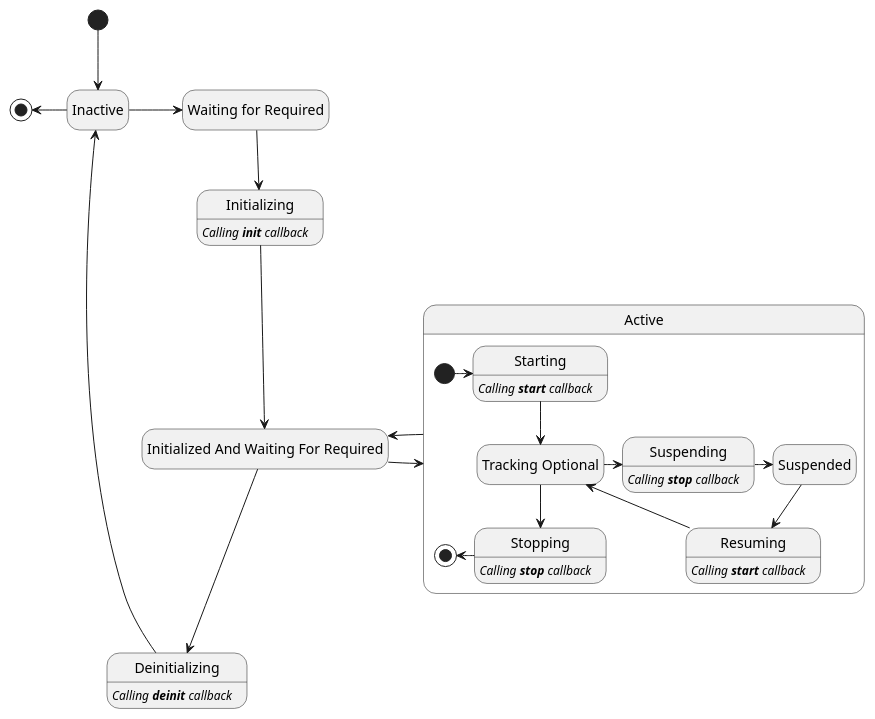
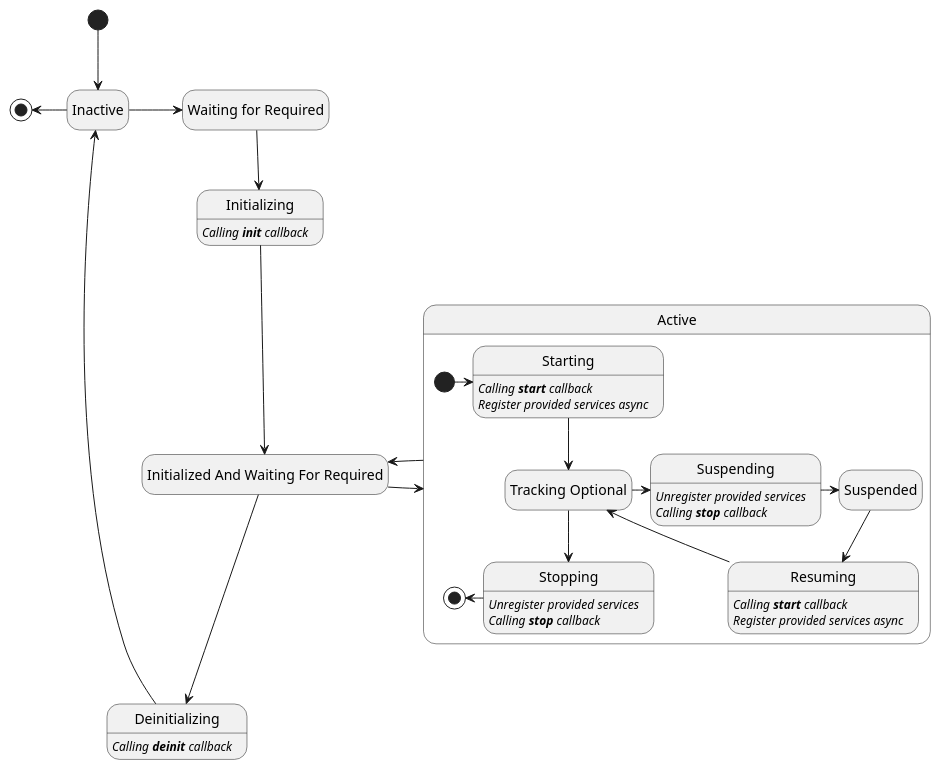
The diagram in documents/diagrams/component_lifecycle.puml (apache/celix), drawn with PlantUML before and after one commit. The commit also changed 4 other files, not shown here.

Commit message:
Updates component lifecycle state diagram

```diff
--- a/documents/diagrams/component_lifecycle.puml
+++ b/documents/diagrams/component_lifecycle.puml
@@ -16,37 +16,41 @@
 @startuml
 hide empty description
 state "Waiting for Required" as WaitingForRequired
 state "Initialized And Waiting For Required" as Initialized
 
 [*] -down-> Inactive
 Inactive -left-> [*]
 Inactive  -right-> WaitingForRequired
 WaitingForRequired -down-> Initializing
 Initializing -down-> Initialized
 
 state Active {
     state "Tracking Optional" as TrackingOptional
     [*] -> Starting
     Starting -down-> TrackingOptional
     TrackingOptional -> Suspending
     Suspending -> Suspended
     Suspended -> Resuming
     Resuming --> TrackingOptional
     TrackingOptional --> Stopping
     Stopping -left-> [*]
 }
 
 Initialized -> Active
 Active -> Initialized
 
 Initialized -down-> Deinitializing
 Deinitializing -down-> Inactive
 
 Initializing:   <i>Calling <b>init</b> callback</i>
 Starting:       <i>Calling <b>start</b> callback</i>
+Starting:       <i>Register provided services async</i>
+Stopping:       <i>Unregister provided services</i>
 Stopping:       <i>Calling <b>stop</b> callback</i>
 Deinitializing: <i>Calling <b>deinit</b> callback</i>
+Suspending:     <i>Unregister provided services</i>
 Suspending:     <i>Calling <b>stop</b> callback</i>
 Resuming:       <i>Calling <b>start</b> callback</i>
+Resuming:       <i>Register provided services async</i>
 
 @enduml
```
